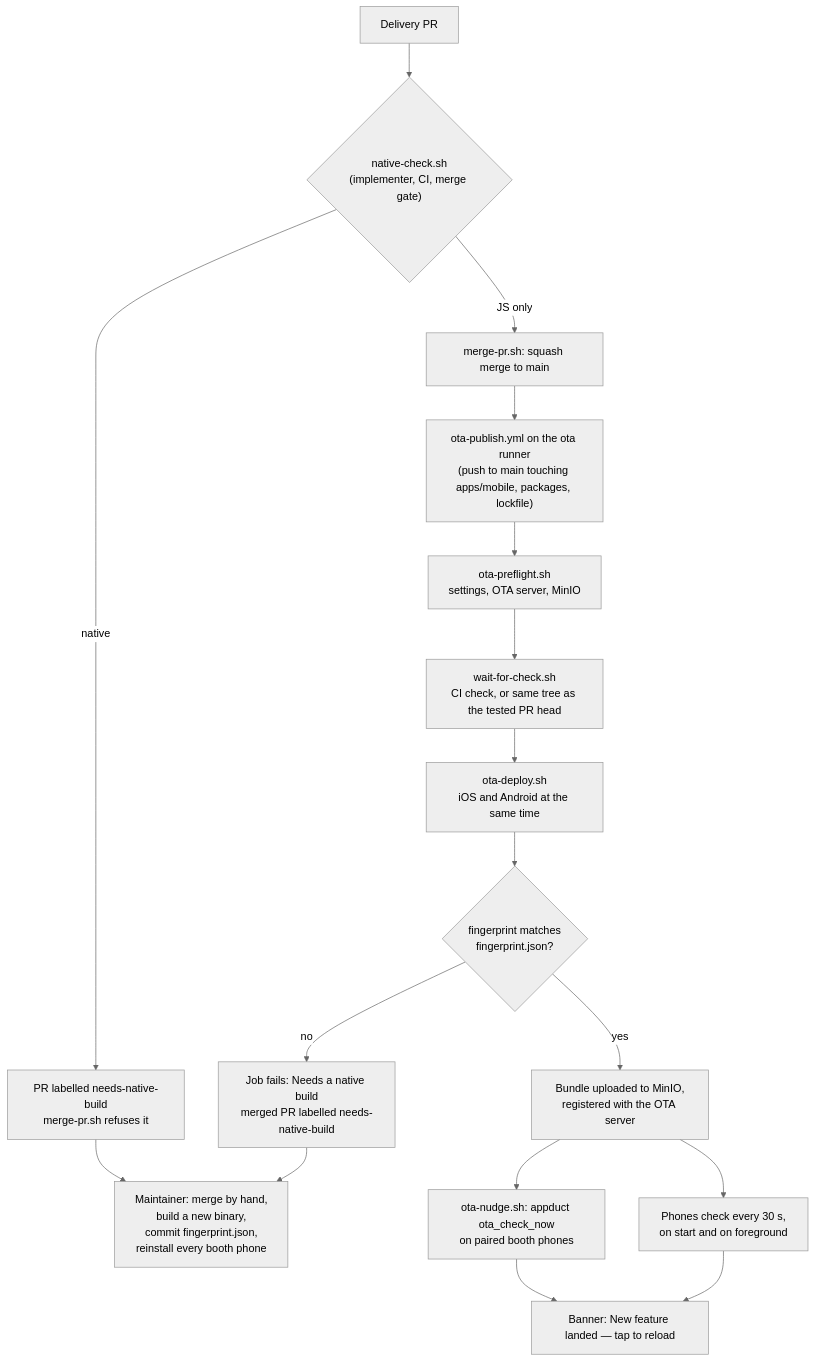
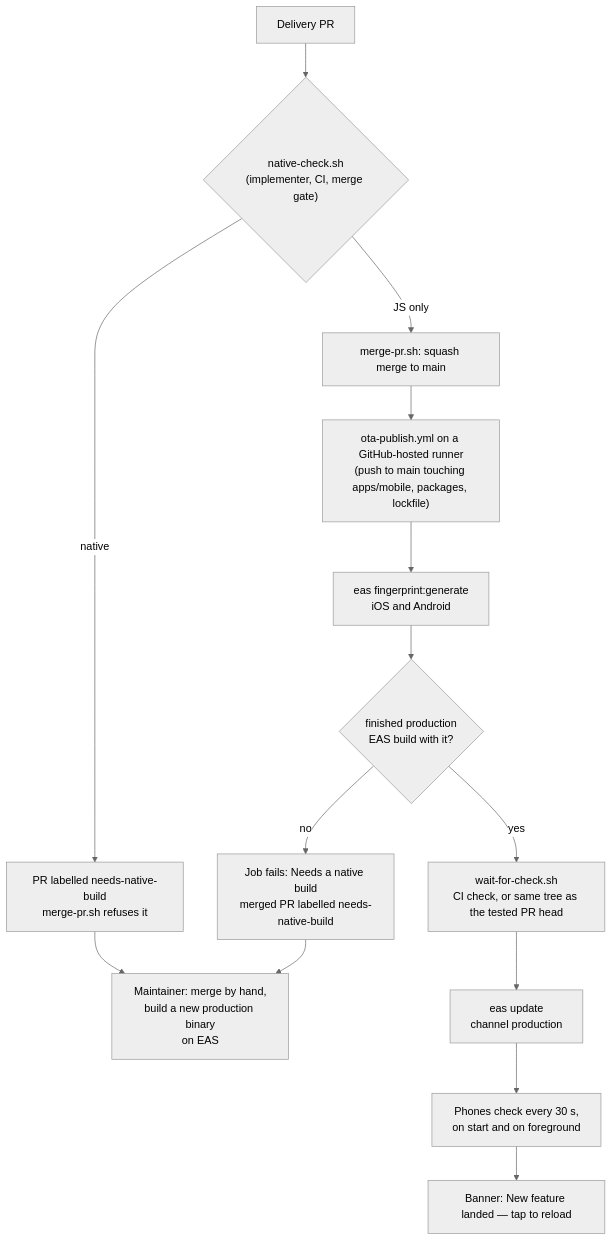
One commit to callstackincubator/apex-software-factory changed the fourth of 4 diagrams in docs/FACTORY.md. Above: the diagram before and after it, drawn with Mermaid (neutral theme). The commit also changed other lines of this file and 72 other files, not shown here.

Commit message:
feat(mobile): update over the air with EAS Update (#51)

````diff
--- a/docs/FACTORY.md
+++ b/docs/FACTORY.md
@@ -216,19 +216,16 @@
 ```mermaid
 flowchart TD
     PR["Delivery PR"] --> NC{"native-check.sh<br/>(implementer, CI, merge gate)"}
     NC -->|native| PARK["PR labelled needs-native-build<br/>merge-pr.sh refuses it"]
-    PARK --> MAINT["Maintainer: merge by hand,<br/>build a new binary,<br/>commit fingerprint.json,<br/>reinstall every booth phone"]
+    PARK --> MAINT["Maintainer: merge by hand,<br/>build a new production binary<br/>on EAS"]
     NC -->|JS only| MERGE["merge-pr.sh: squash merge to main"]
-    MERGE --> OP["ota-publish.yml on the ota runner<br/>(push to main touching apps/mobile, packages, lockfile)"]
-    OP --> PRE["ota-preflight.sh<br/>settings, OTA server, MinIO"]
-    PRE --> WAIT["wait-for-check.sh<br/>CI check, or same tree as the tested PR head"]
-    WAIT --> DEP["ota-deploy.sh<br/>iOS and Android at the same time"]
-    DEP --> FP{"fingerprint matches<br/>fingerprint.json?"}
-    FP -->|no| NNB["Job fails: Needs a native build<br/>merged PR labelled needs-native-build"]
+    MERGE --> OP["ota-publish.yml on a GitHub-hosted runner<br/>(push to main touching apps/mobile, packages, lockfile)"]
+    OP --> FPR["eas fingerprint:generate<br/>iOS and Android"]
+    FPR --> HAVE{"finished production<br/>EAS build with it?"}
+    HAVE -->|no| NNB["Job fails: Needs a native build<br/>merged PR labelled needs-native-build"]
     NNB --> MAINT
-    FP -->|yes| UP["Bundle uploaded to MinIO,<br/>registered with the OTA server"]
-    UP --> NUDGE["ota-nudge.sh: appduct ota_check_now<br/>on paired booth phones"]
+    HAVE -->|yes| WAIT["wait-for-check.sh<br/>CI check, or same tree as the tested PR head"]
+    WAIT --> UP["eas update<br/>channel production"]
     UP --> POLL["Phones check every 30 s,<br/>on start and on foreground"]
-    NUDGE --> BANNER["Banner: New feature landed — tap to reload"]
-    POLL --> BANNER
+    POLL --> BANNER["Banner: New feature landed — tap to reload"]
 ```
````
